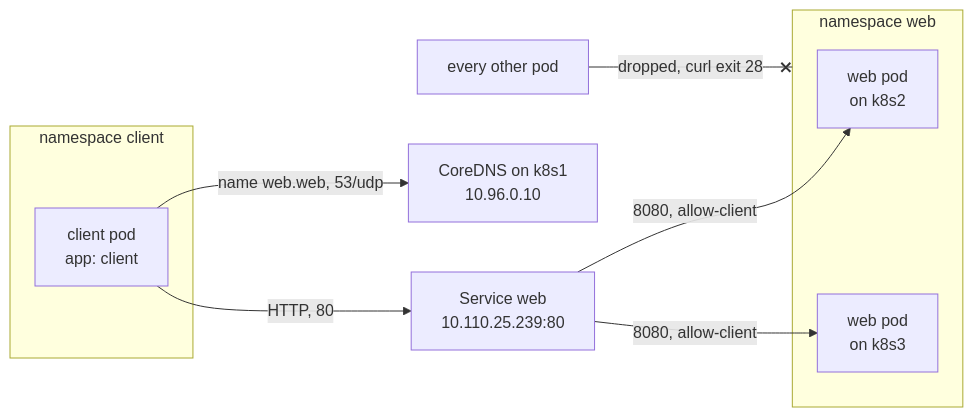
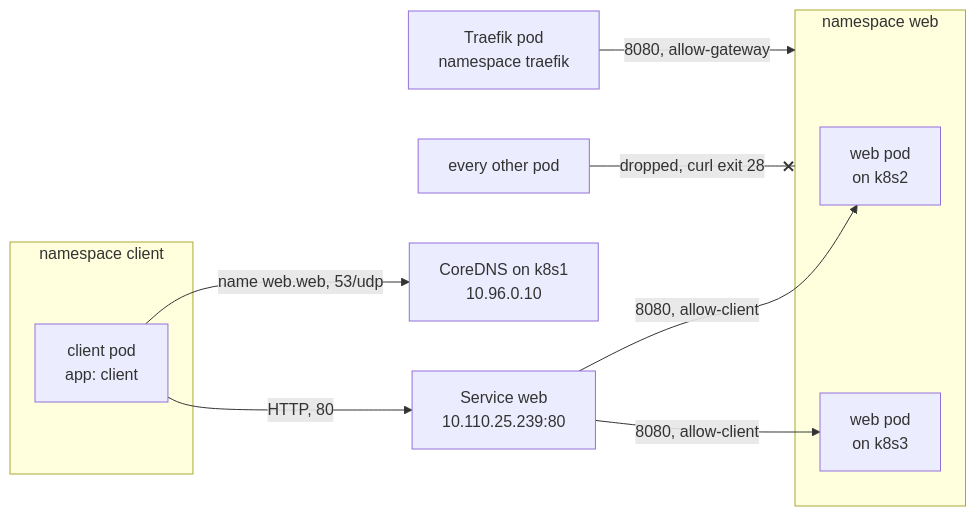
The diagram in docs/architecture/kubernetes/services.md (marin-orejas/rhel-data-platform), drawn with Mermaid before and after one commit. The commit also changed other lines of this file and 5 other files, not shown here.

Commit message:
docs(architecture): add the MetalLB and gateway pages

````diff
--- a/docs/architecture/kubernetes/services.md
+++ b/docs/architecture/kubernetes/services.md
@@ -40,18 +41,20 @@
 ```mermaid
 flowchart LR
     subgraph cns["namespace client"]
         client["client pod<br/>app: client"]
     end
+    gw["Traefik pod<br/>namespace traefik"]
     other["every other pod"]
     dns["CoreDNS on k8s1<br/>10.96.0.10"]
     svc["Service web<br/>10.110.25.239:80"]
     subgraph wns["namespace web"]
         pod2["web pod<br/>on k8s2"]
         pod3["web pod<br/>on k8s3"]
     end
     client -- "name web.web, 53/udp" --> dns
     client -- "HTTP, 80" --> svc
     svc -- "8080, allow-client" --> pod2
     svc -- "8080, allow-client" --> pod3
+    gw -- "8080, allow-gateway" --> wns
     other -- "dropped, curl exit 28" --x wns
 ```
````
